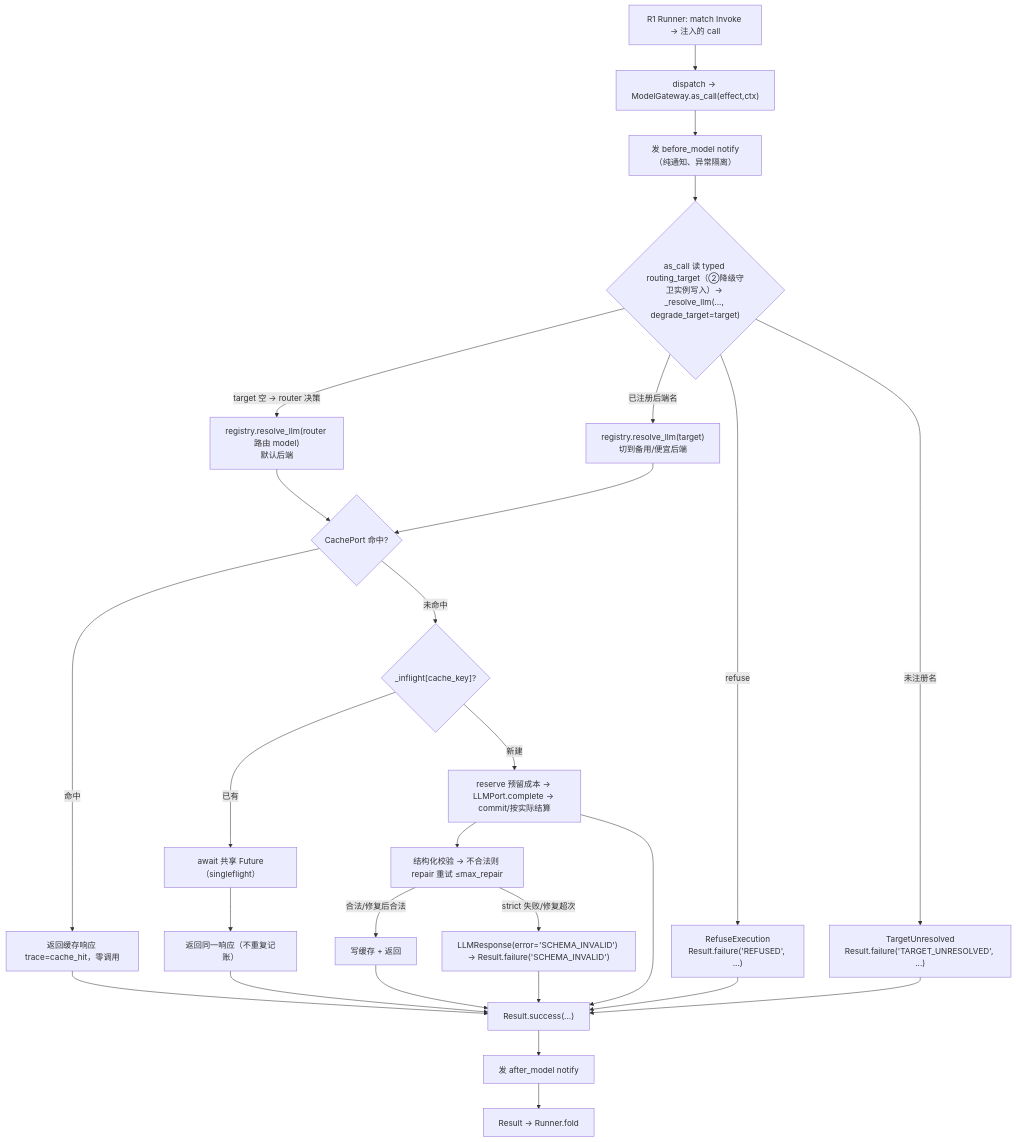
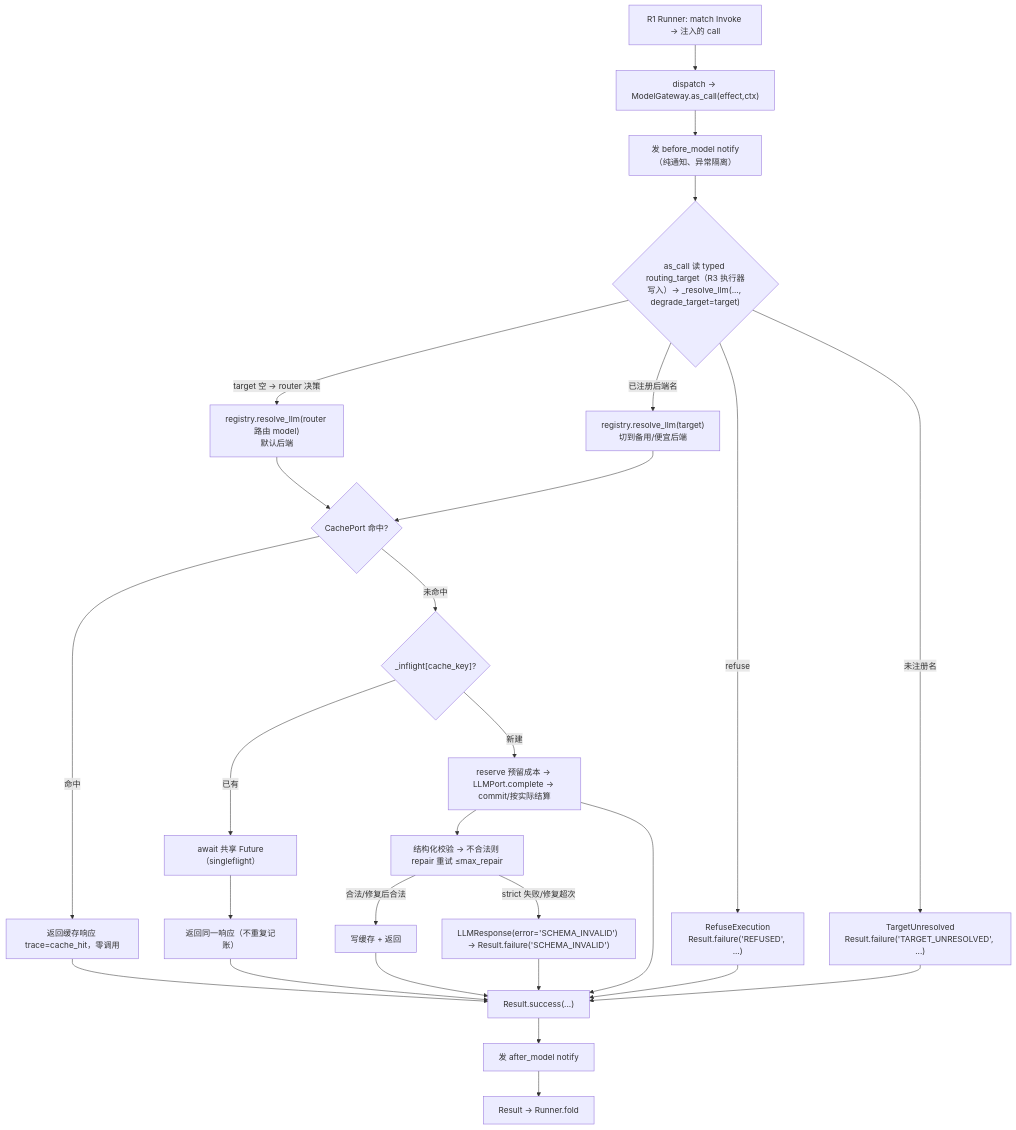
The diagram in docs/02-模块详设/Agent/R4-模型与推理.md (sao-lang/lll), drawn with Mermaid before and after one commit. The commit also changed other lines of this file and 91 other files, not shown here.

````diff
--- a/docs/02-模块详设/Agent/R4-模型与推理.md
+++ b/docs/02-模块详设/Agent/R4-模型与推理.md
@@ -86,29 +86,29 @@
 ```mermaid
 flowchart TD
     A["R1 Runner: match Invoke → 注入的 call"] --> B["dispatch → ModelGateway.as_call(effect,ctx)"]
     B --> BEFORE["发 before_model notify（纯通知、异常隔离）"]
-    BEFORE --> T{"as_call 读 typed routing_target（②降级守卫实例写入）→ _resolve_llm(..., degrade_target=target)"}
+    BEFORE --> T{"as_call 读 typed routing_target（R3 执行器写入）→ _resolve_llm(..., degrade_target=target)"}
     T -->|"target 空 → router 决策"| H["registry.resolve_llm(router 路由 model)<br/>默认后端"]
     T -->|"已注册后端名"| I["registry.resolve_llm(target)<br/>切到备用/便宜后端"]
     T -->|"refuse"| J["RefuseExecution<br/>Result.failure('REFUSED', ...)"]
     T -->|"未注册名"| K["TargetUnresolved<br/>Result.failure('TARGET_UNRESOLVED', ...)"]
     H --> L{"CachePort 命中?"}
     I --> L
     L -->|命中| M["返回缓存响应 trace=cache_hit，零调用"]
     L -->|未命中| SF{"_inflight[cache_key]?"}
     SF -->|已有| WAIT["await 共享 Future（singleflight）"]
     SF -->|新建| M2["reserve 预留成本 → LLMPort.complete → commit/按实际结算"]
     M2 --> O["结构化校验 → 不合法则 repair 重试 ≤max_repair"]
     WAIT --> R["返回同一响应（不重复记账）"]
     O -->|合法/修复后合法| P["写缓存 + 返回"]
     O -->|"strict 失败/修复超次"| Q["LLMResponse(error='SCHEMA_INVALID') → Result.failure('SCHEMA_INVALID')"]
     M --> R2["Result.success(...)"]
     P --> R2
     M2 --> R2
     Q --> R2
     J --> R2
     K --> R2
     R --> R2
     R2 --> AFTER["发 after_model notify"]
     AFTER --> Z["Result → Runner.fold"]
 ```
````
